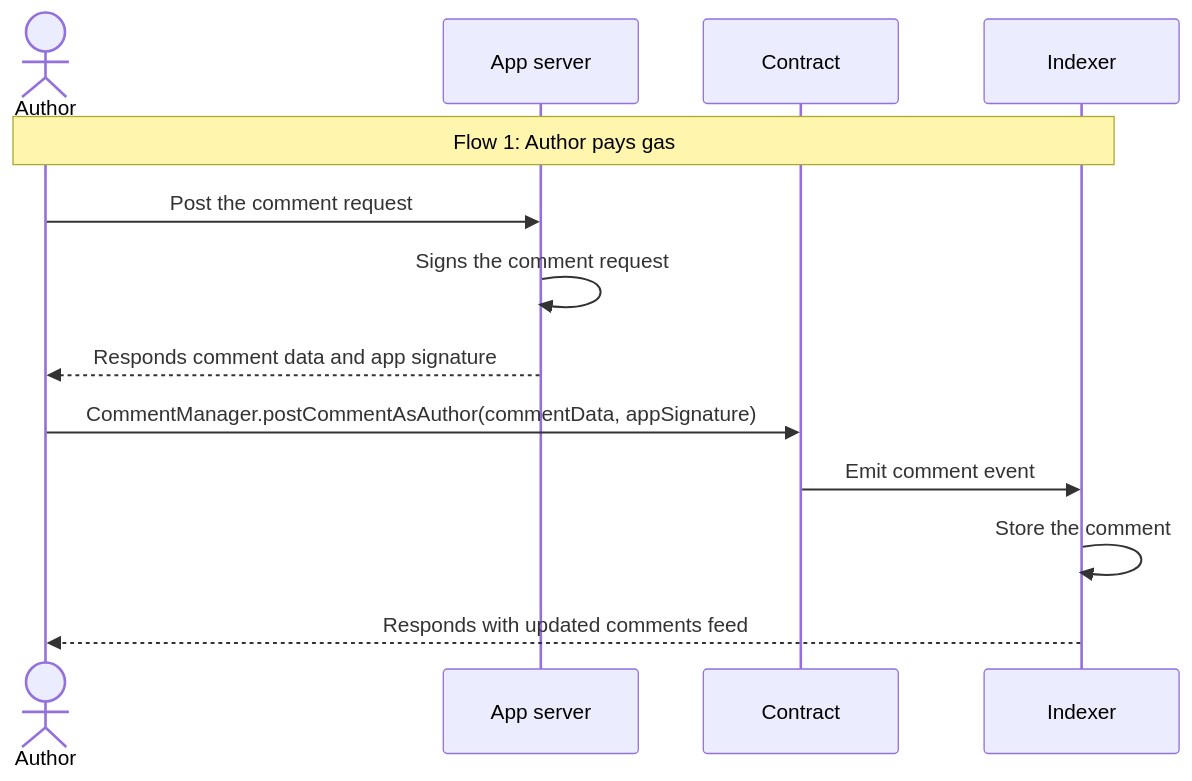
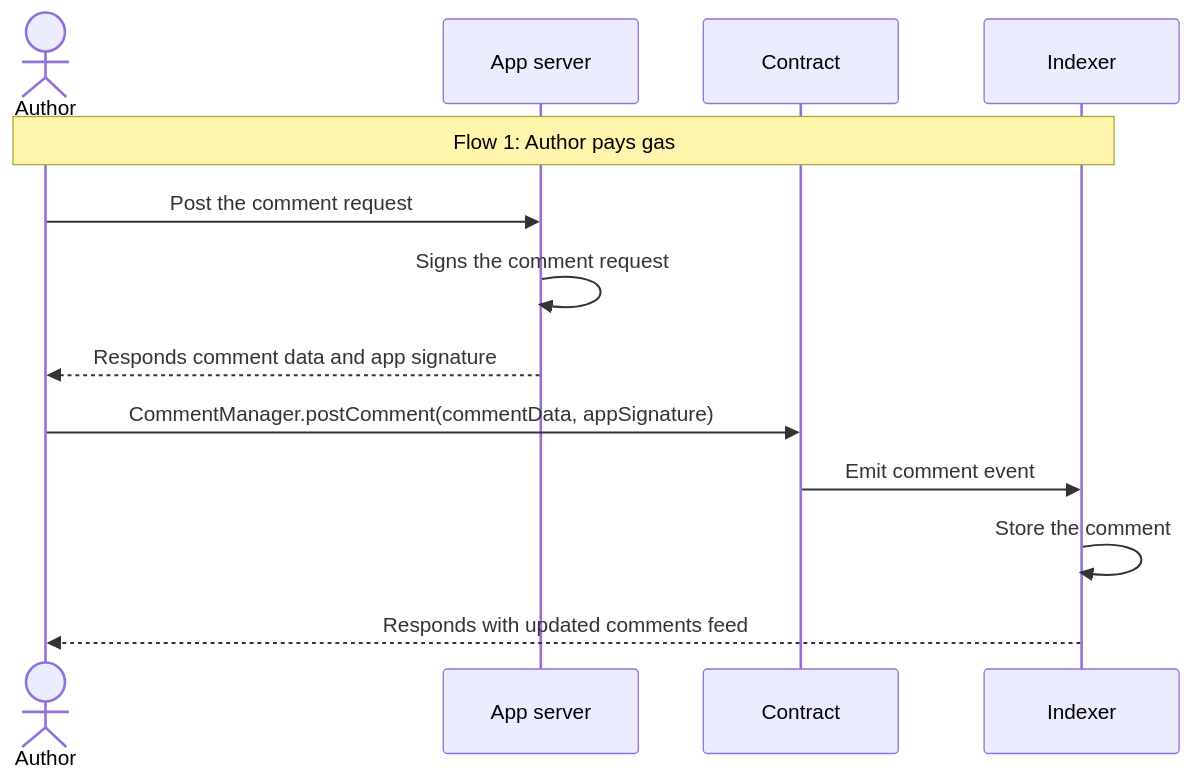
The first of 3 diagrams in docs/pages/post-comment-flows.mdx (ecp-eth/comments-monorepo), drawn with Mermaid before and after one commit. The commit also changed other lines of this file and 4 other files, not shown here.

````diff
--- a/docs/pages/post-comment-flows.mdx
+++ b/docs/pages/post-comment-flows.mdx
@@ -18,17 +18,17 @@
 ```mermaid
 sequenceDiagram
     actor Author
     participant App server
     participant Contract
     participant Indexer
 
     %% Flow 1: Author pays gas
     Note over Author,Indexer: Flow 1: Author pays gas
     Author->>App server: Post the comment request
     App server->>App server: Signs the comment request
     App server-->>Author: Responds comment data and app signature
-    Author->>Contract: CommentManager.postCommentAsAuthor(commentData, appSignature)
+    Author->>Contract: CommentManager.postComment(commentData, appSignature)
     Contract->>Indexer: Emit comment event
     Indexer->>Indexer: Store the comment
     Indexer-->>Author: Responds with updated comments feed
 ```
````
